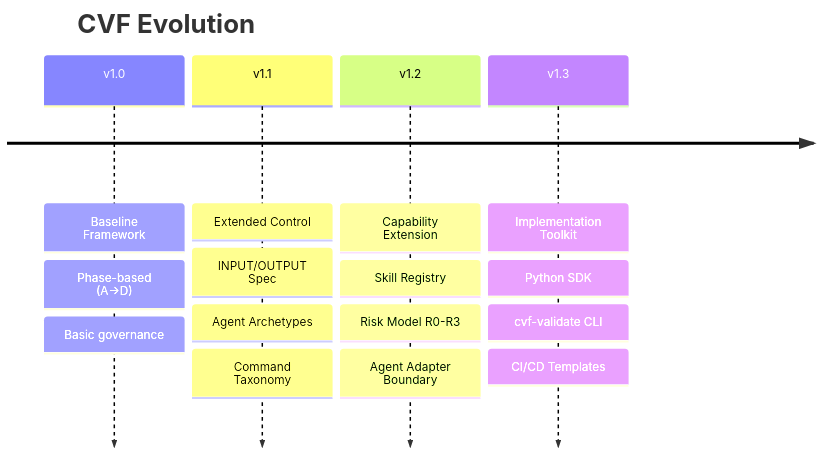
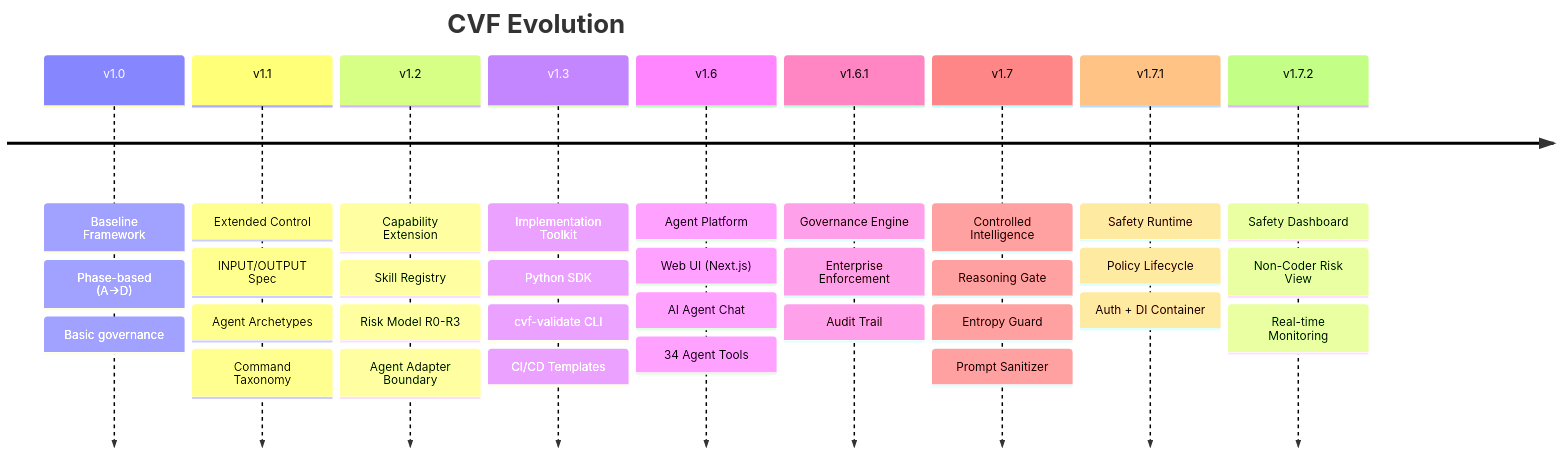
One commit to Blackbird081/Controlled-Vibe-Framework-CVF changed the first of 2 diagrams in docs/VERSION_COMPARISON.md. Above: the diagram before and after it, drawn with Mermaid. The commit also changed other lines of this file and 3 other files, not shown here.

Commit message:
docs: rewrite 4 docs to English + add v1.7.x — VERSION_COMPARISON, CVF_POSITIONING, VERSIONING, ARCHITECTURE_DIAGRAMS

````diff
--- a/docs/VERSION_COMPARISON.md
+++ b/docs/VERSION_COMPARISON.md
@@ -18,19 +18,36 @@
 ```mermaid
 timeline
     title CVF Evolution
     v1.0 : Baseline Framework
          : Phase-based (A→D)
          : Basic governance
     v1.1 : Extended Control
          : INPUT/OUTPUT Spec
          : Agent Archetypes
          : Command Taxonomy
     v1.2 : Capability Extension
          : Skill Registry
          : Risk Model R0-R3
          : Agent Adapter Boundary
     v1.3 : Implementation Toolkit
          : Python SDK
          : cvf-validate CLI
          : CI/CD Templates
+    v1.6 : Agent Platform
+         : Web UI (Next.js)
+         : AI Agent Chat
+         : 34 Agent Tools
+    v1.6.1 : Governance Engine
+         : Enterprise Enforcement
+         : Audit Trail
+    v1.7 : Controlled Intelligence
+         : Reasoning Gate
+         : Entropy Guard
+         : Prompt Sanitizer
+    v1.7.1 : Safety Runtime
+         : Policy Lifecycle
+         : Auth + DI Container
+    v1.7.2 : Safety Dashboard
+         : Non-Coder Risk View
+         : Real-time Monitoring
 ```
````
